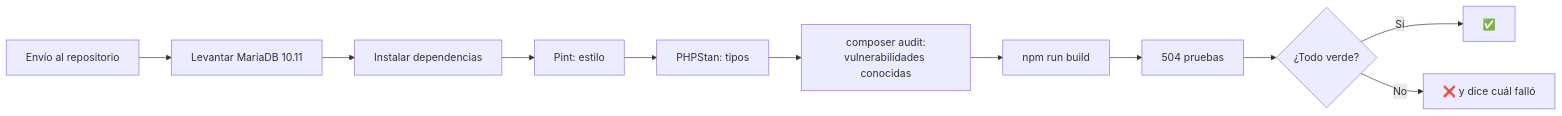
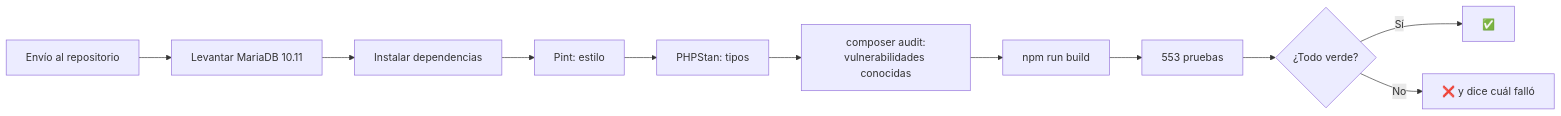
Before and after one commit to 75220834-cloud/PROYECTO-TALLER-DE-INV.-1: the second of 2 diagrams in docs/tecnica/12-pruebas-y-calidad.md, drawn with Mermaid. The commit also changed other lines of this file and 46 other files, not shown here.

````diff
--- a/docs/tecnica/12-pruebas-y-calidad.md
+++ b/docs/tecnica/12-pruebas-y-calidad.md
@@ -221,13 +222,13 @@
 ```mermaid
 flowchart LR
     A[Envío al repositorio] --> B[Levantar MariaDB 10.11]
     B --> C[Instalar dependencias]
     C --> D[Pint: estilo]
     D --> E[PHPStan: tipos]
     E --> F[composer audit:<br/>vulnerabilidades conocidas]
     F --> G[npm run build]
-    G --> H[504 pruebas]
+    G --> H[553 pruebas]
     H --> I{¿Todo verde?}
     I -->|Sí| J[✅]
     I -->|No| K[❌ y dice cuál falló]
 ```
````
